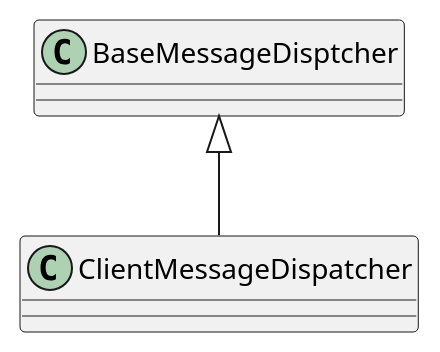
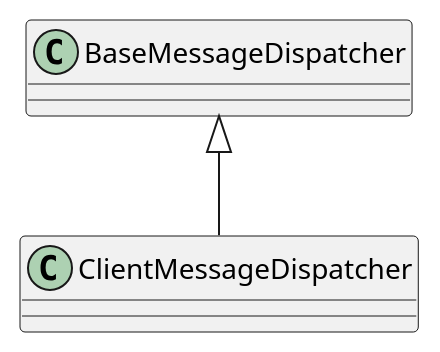
One commit to 23michael45/MiniProtobufFramework changed the fourth of 6 diagrams in Doc/ClientClassDiagram.md. Above: the diagram before and after it, drawn with PlantUML. The commit also changed other lines of this file and 6 other files, not shown here.

```diff
--- a/Doc/ClientClassDiagram.md
+++ b/Doc/ClientClassDiagram.md
@@ -20,3 +20,3 @@
 @startuml
-BaseMessageDisptcher <|-- ClientMessageDispatcher
+BaseMessageDispatcher <|-- ClientMessageDispatcher
 @enduml
```
